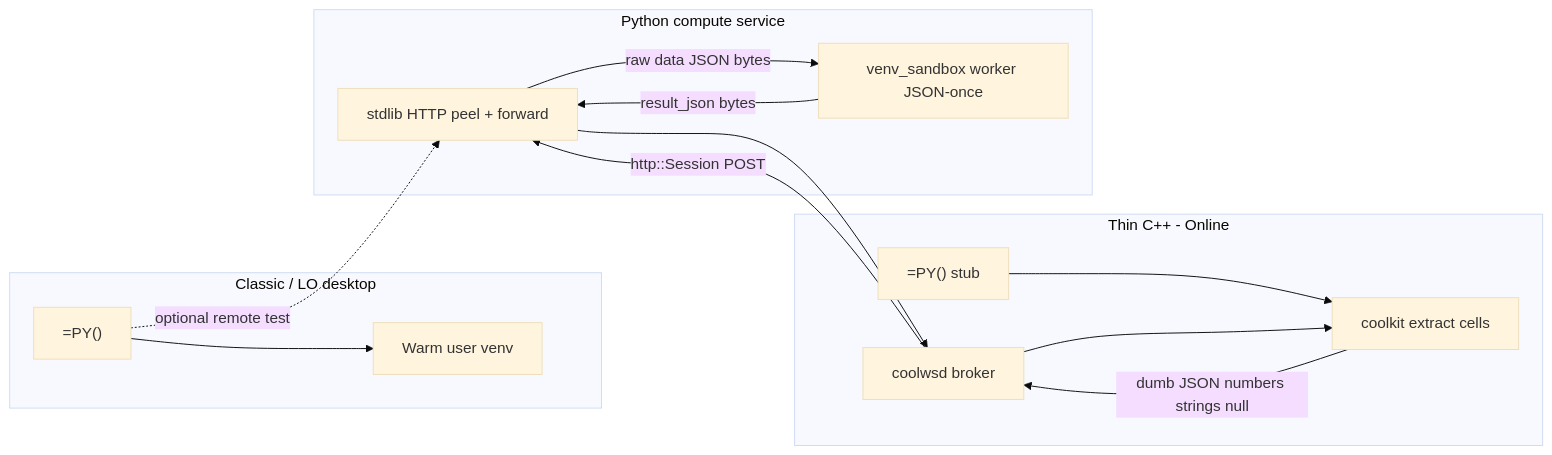
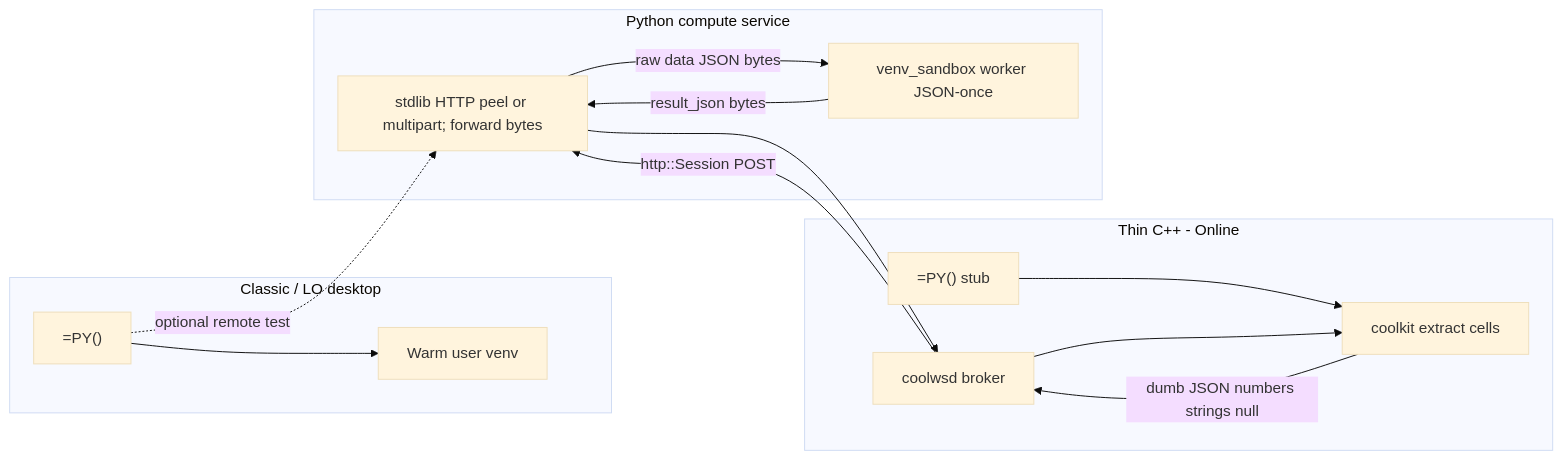
One commit to KeithCu/writeragent changed the diagram in docs/scripting/numpy-jailsafe.md. Above: the diagram before and after it, drawn with Mermaid (base theme). The commit also changed other lines of this file and 2 other files, not shown here.

First line of the commit message:
Document peel as transitional; multipart is the preferred wire

````diff
--- a/docs/scripting/numpy-jailsafe.md
+++ b/docs/scripting/numpy-jailsafe.md
@@ -114,21 +114,21 @@
 ```mermaid
 flowchart LR
   subgraph classic [Classic / LO desktop]
     Calc1["=PY()"] --> LocalVenv["Warm user venv"]
   end
   subgraph cpp [Thin C++ - Online]
     PY["=PY() stub"]
     Kit[coolkit extract cells]
     Wsd[coolwsd broker]
   end
   subgraph py [Python compute service]
-    Http[stdlib HTTP peel + forward]
+    Http[stdlib HTTP peel or multipart; forward bytes]
     Run[venv_sandbox worker JSON-once]
   end
   Calc1 -.->|optional remote test| Http
   PY --> Kit
   Kit -->|"dumb JSON numbers strings null"| Wsd
   Wsd -->|"http::Session POST"| Http
   Http -->|"raw data JSON bytes"| Run
   Run -->|"result_json bytes"| Http --> Wsd --> Kit
 ```
````
